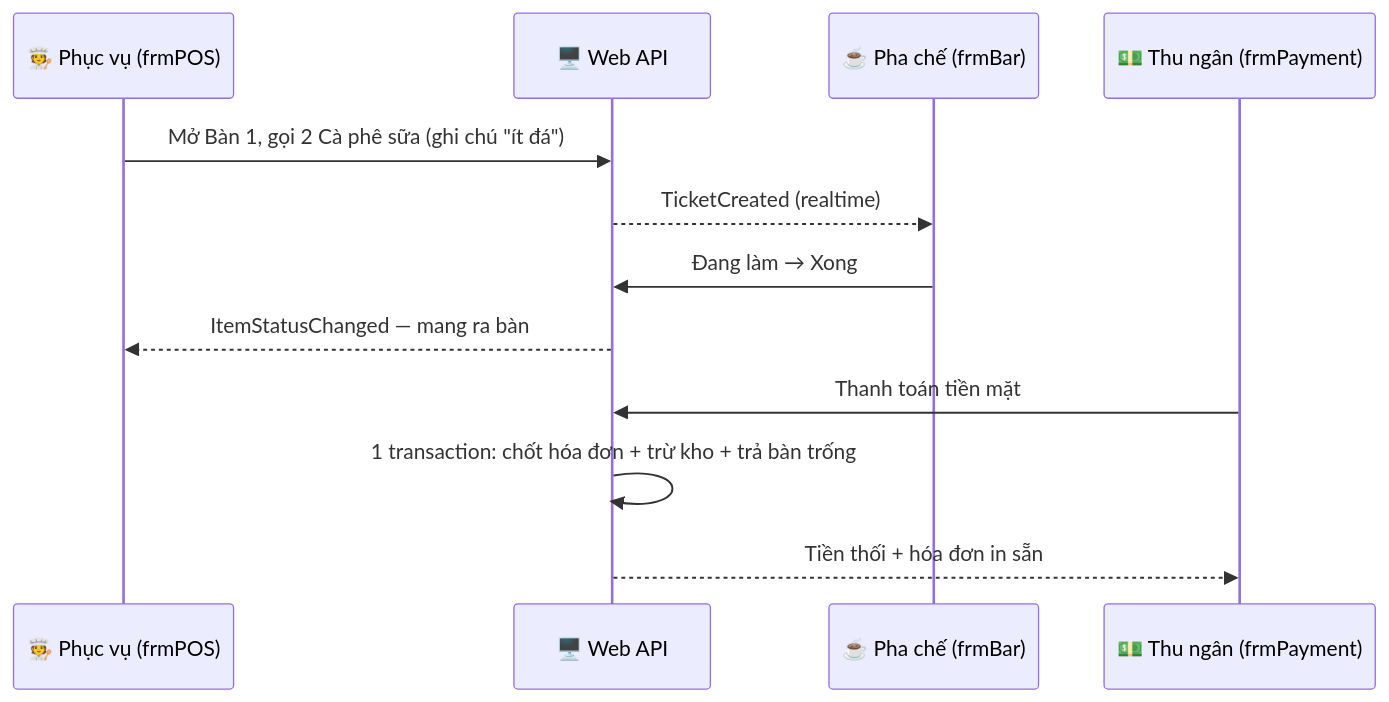
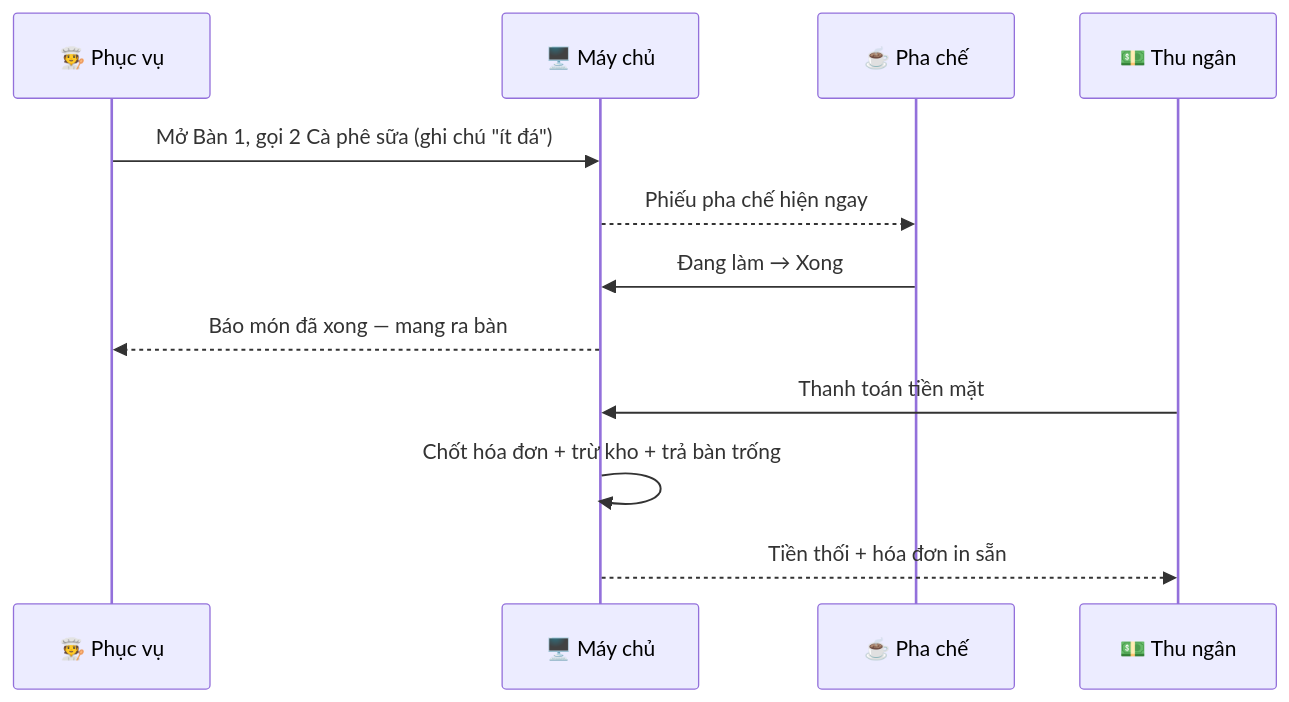
The diagram in README.md (Duck2504/LapTrinhC-_QuanLyQuanCafe), drawn with Mermaid before and after one commit. The commit also changed other lines of this file, not shown here.

````diff
--- a/README.md
+++ b/README.md
@@ -30,14 +29,14 @@
 ```mermaid
 sequenceDiagram
-    participant W as 🧑‍🍳 Phục vụ (frmPOS)
-    participant API as 🖥️ Web API
-    participant B as ☕ Pha chế (frmBar)
-    participant C as 💵 Thu ngân (frmPayment)
-    W->>API: Mở Bàn 1, gọi 2 Cà phê sữa (ghi chú "ít đá")
-    API-->>B: TicketCreated (realtime)
-    B->>API: Đang làm → Xong
-    API-->>W: ItemStatusChanged — mang ra bàn
-    C->>API: Thanh toán tiền mặt
-    API->>API: 1 transaction: chốt hóa đơn + trừ kho + trả bàn trống
-    API-->>C: Tiền thối + hóa đơn in sẵn
+    participant W as 🧑‍🍳 Phục vụ
+    participant S as 🖥️ Máy chủ
+    participant B as ☕ Pha chế
+    participant C as 💵 Thu ngân
+    W->>S: Mở Bàn 1, gọi 2 Cà phê sữa (ghi chú "ít đá")
+    S-->>B: Phiếu pha chế hiện ngay
+    B->>S: Đang làm → Xong
+    S-->>W: Báo món đã xong — mang ra bàn
+    C->>S: Thanh toán tiền mặt
+    S->>S: Chốt hóa đơn + trừ kho + trả bàn trống
+    S-->>C: Tiền thối + hóa đơn in sẵn
 ```
````
